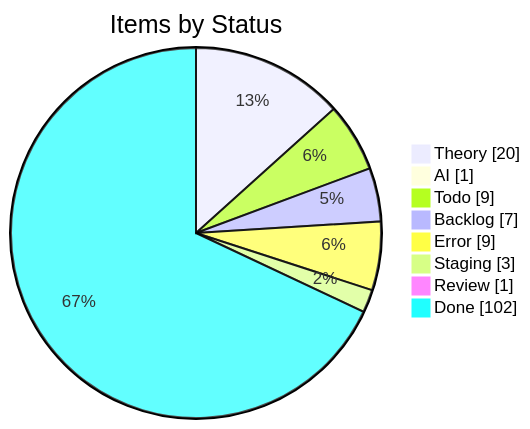
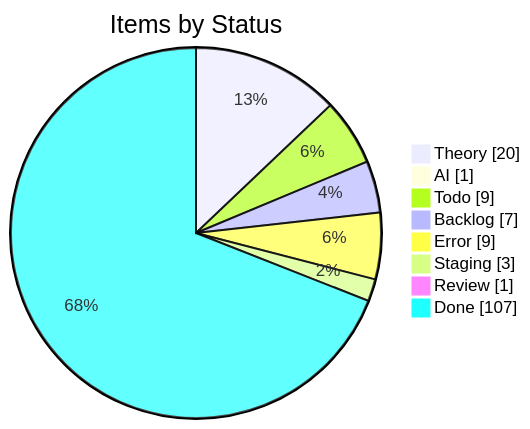
One commit to KBVE/kbve changed the first of 4 diagrams in apps/kbve/astro-kbve/src/content/docs/dashboard/kanban-data.mdx. Above: the diagram before and after it, drawn with Mermaid. The commit also changed other lines of this file and 8 other files, not shown here.

````diff
--- a/apps/kbve/astro-kbve/src/content/docs/dashboard/kanban-data.mdx
+++ b/apps/kbve/astro-kbve/src/content/docs/dashboard/kanban-data.mdx
@@ -55,12 +55,12 @@
 ```mermaid
 pie showData
     title Items by Status
     "Theory" : 20
     "AI" : 1
     "Todo" : 9
     "Backlog" : 7
     "Error" : 9
     "Staging" : 3
     "Review" : 1
-    "Done" : 102
+    "Done" : 107
 ```
````
